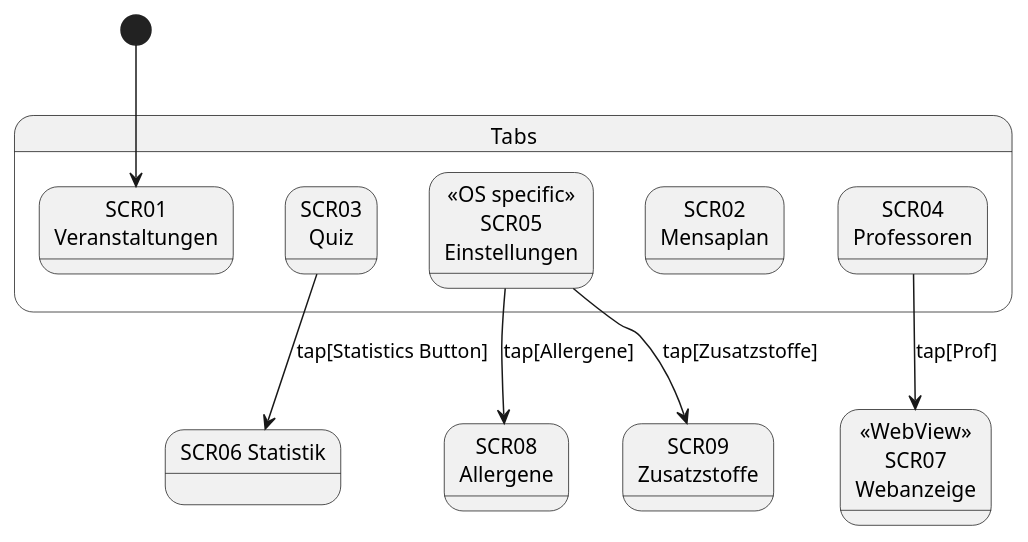
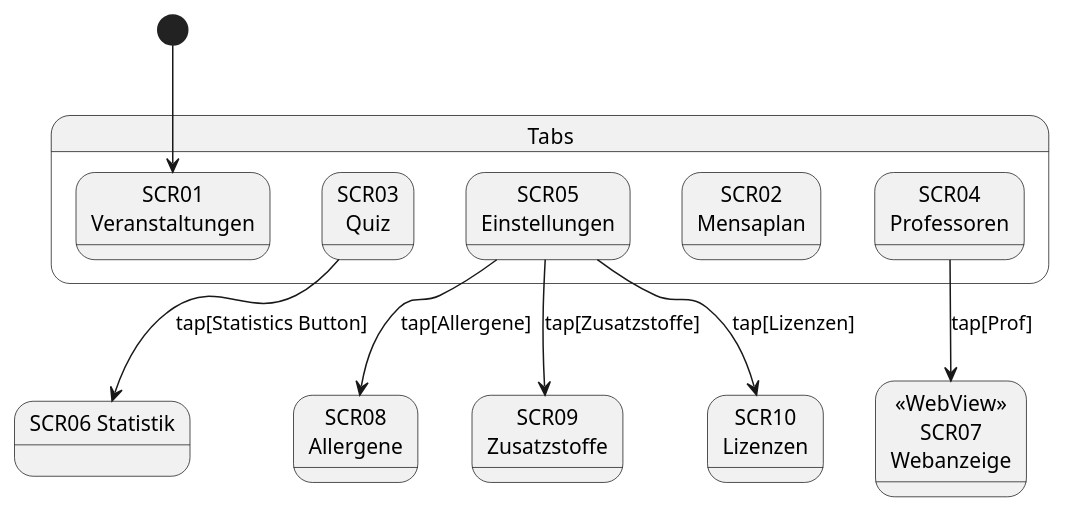
The diagram in Interaktionsdesign.pu (RobinNunkesser/plantuml), drawn with PlantUML before and after one commit. The commit also changed 10 other files, not shown here.

```diff
--- a/Interaktionsdesign.pu
+++ b/Interaktionsdesign.pu
@@ -1,22 +1,24 @@
 @startuml
 
 state Tabs {
 state "SCR03\nQuiz" as SCR04
 state "SCR02\nMensaplan" as SCR03
-state "<<OS specific>>\nSCR05\nEinstellungen" as SCR09
+state "SCR05\nEinstellungen" as SCR09
 state "SCR04\nProfessoren" as SCR06
 state "SCR01\nVeranstaltungen" as SCR02
 }
 [*] --> SCR02
 
 state "SCR06 Statistik" as SCR07
 state "<<WebView>>\nSCR07\nWebanzeige" as SCR11
 state "SCR08\nAllergene" as SCR13
 state "SCR09\nZusatzstoffe" as SCR12
+state "SCR10\nLizenzen" as SCR14
 
 
 SCR04 --> SCR07 : tap[Statistics Button]
 SCR06 --> SCR11 : tap[Prof]
 SCR09 --> SCR12 : tap[Zusatzstoffe]
 SCR09 --> SCR13 : tap[Allergene]
+SCR09 --> SCR14 : tap[Lizenzen]
 @enduml
```
